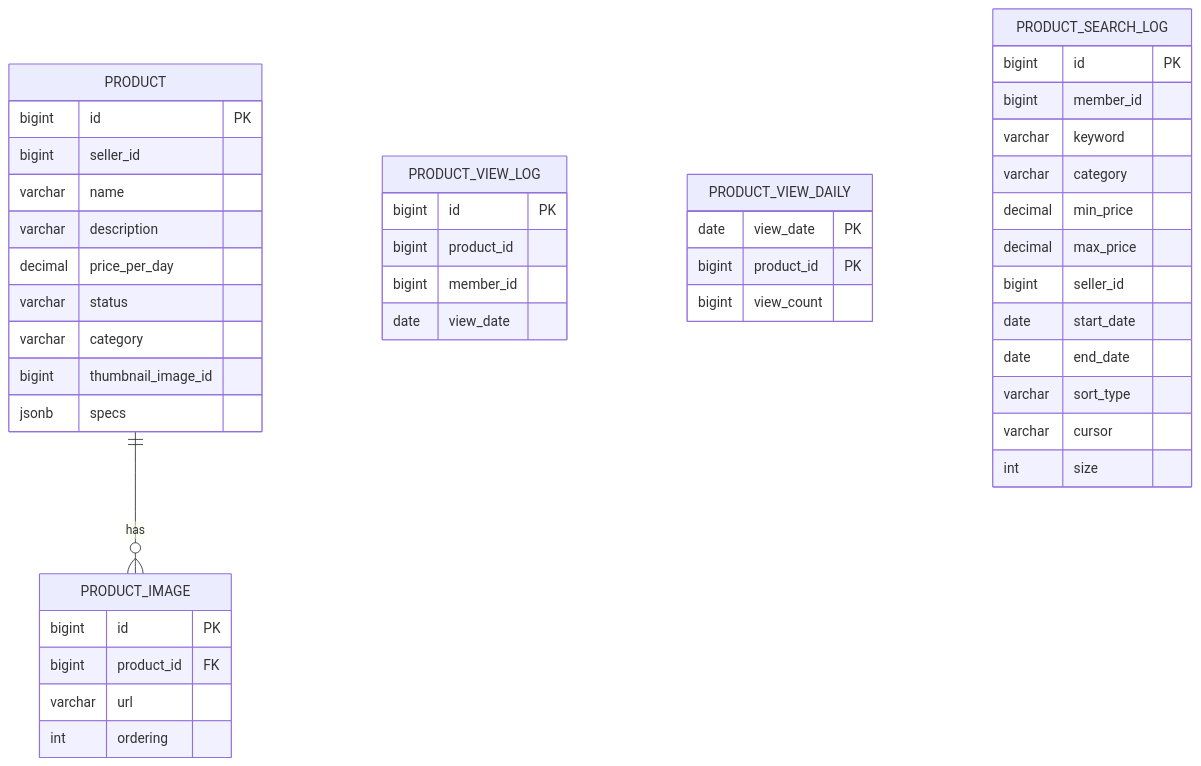
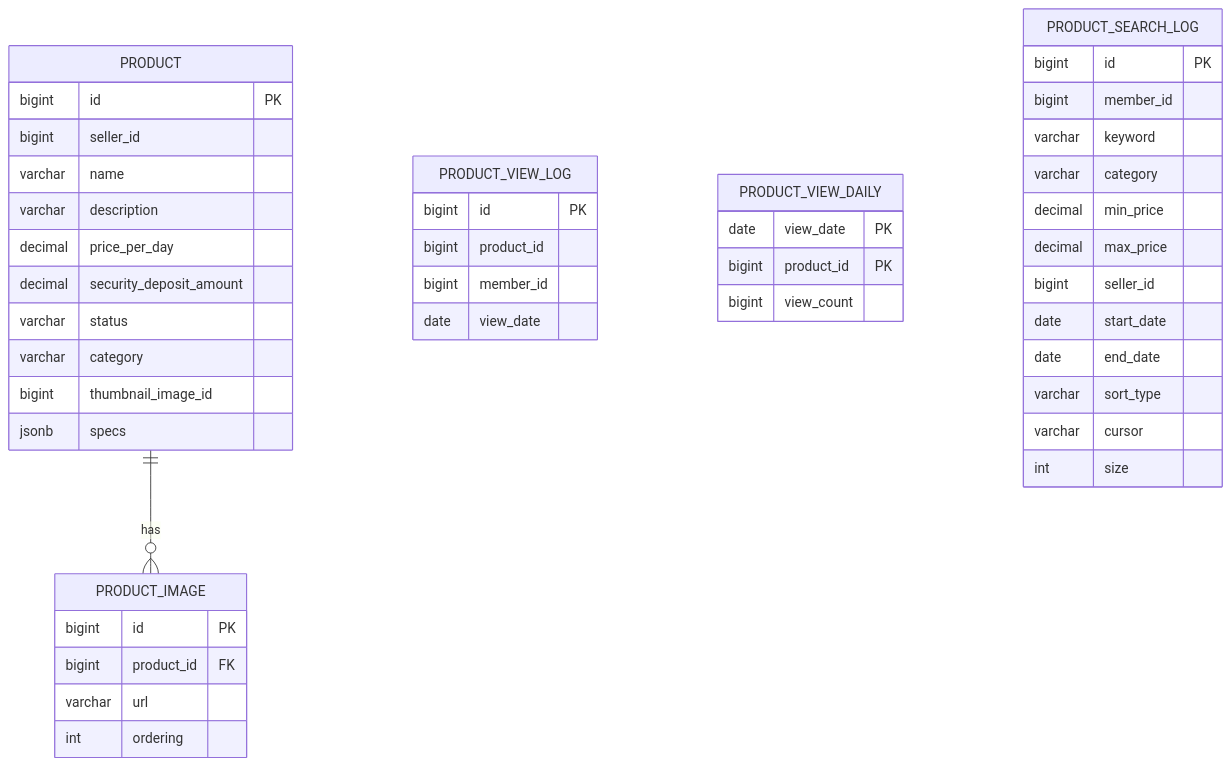
One commit to prgrms-be-adv-devcourse/beadv2_2_COC_BE changed the third of 8 diagrams in modi/docs/db-erd.md. Above: the diagram before and after it, drawn with Mermaid. The commit also changed other lines of this file and 34 other files, not shown here.

````diff
--- a/modi/docs/db-erd.md
+++ b/modi/docs/db-erd.md
@@ -96,51 +96,52 @@
 ```mermaid
 erDiagram
   PRODUCT {
     bigint id PK
     bigint seller_id
     varchar name
     varchar description
     decimal price_per_day
+    decimal security_deposit_amount
     varchar status
     varchar category
     bigint thumbnail_image_id
     jsonb specs
   }
 
   PRODUCT_IMAGE {
     bigint id PK
     bigint product_id FK
     varchar url
     int ordering
   }
 
   PRODUCT_VIEW_LOG {
     bigint id PK
     bigint product_id
     bigint member_id
     date view_date
   }
 
   PRODUCT_VIEW_DAILY {
     date view_date PK
     bigint product_id PK
     bigint view_count
   }
 
   PRODUCT_SEARCH_LOG {
     bigint id PK
     bigint member_id
     varchar keyword
     varchar category
     decimal min_price
     decimal max_price
     bigint seller_id
     date start_date
     date end_date
     varchar sort_type
     varchar cursor
     int size
   }
 
   PRODUCT ||--o{ PRODUCT_IMAGE : has
 ```
````
